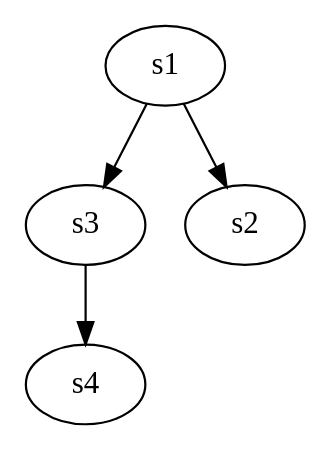
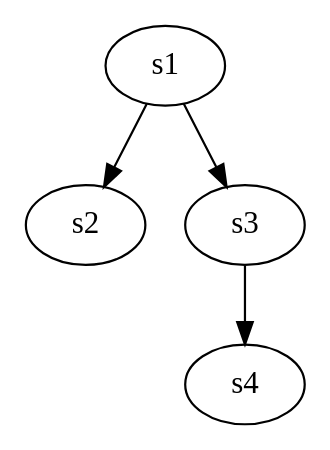
One commit to porya-gohary/sag-go changed the diagram in out.dot. Above: the diagram before and after it, drawn with Graphviz. The commit also changed other lines of this file and 4 other files, not shown here.

```diff
--- a/out.dot
+++ b/out.dot
@@ -1,12 +1,12 @@
 digraph {
 	graph [fontname=Ubuntu];
 	node [fontname=Ubuntu];
 	edge [fontname=Ubuntu];
+	s2[label=s2];
 	s3[label=s3];
 	s4[label=s4];
 	s1[label=s1];
-	s2[label=s2];
-	s3 -> s4;
 	s1 -> s2;
 	s1 -> s3;
+	s3 -> s4;
 }
```
